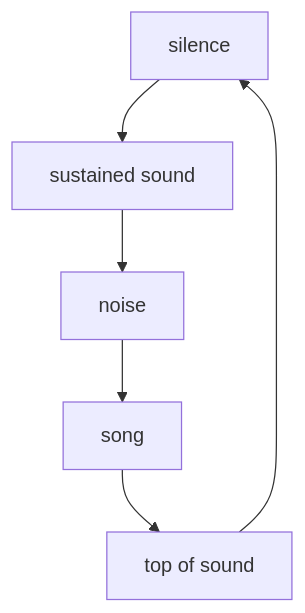
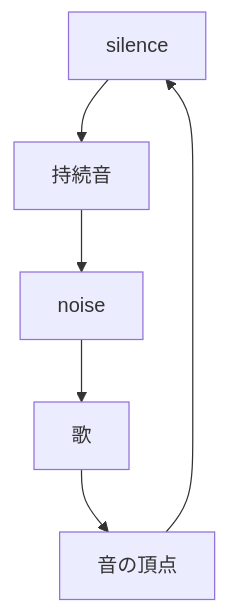
Before and after one commit to monumental-movement/monumental-movement.github.io: the eighth of 9 diagrams in en/_posts/2026-03-06-column-keiji-haino.md, drawn with Mermaid. The commit also changed other lines of this file and 2196 other files, not shown here.

```diff
--- a/en/_posts/2026-03-06-column-keiji-haino.md
+++ b/en/_posts/2026-03-06-column-keiji-haino.md
@@ -663,17 +663,17 @@
 <div class="mermaid">
 
 graph TD
 
 Silence[silence]
-Drone[sustained sound]
+Drone[持続音]
 Noise[noise]
-Voice[song]
-Climax[top of sound]
+Voice[歌]
+Climax[音の頂点]
 
 Silence --> Drone
 Drone --> Noise
 Noise --> Voice
 Voice --> Climax
 Climax --> Silence
 
 </div>
```
